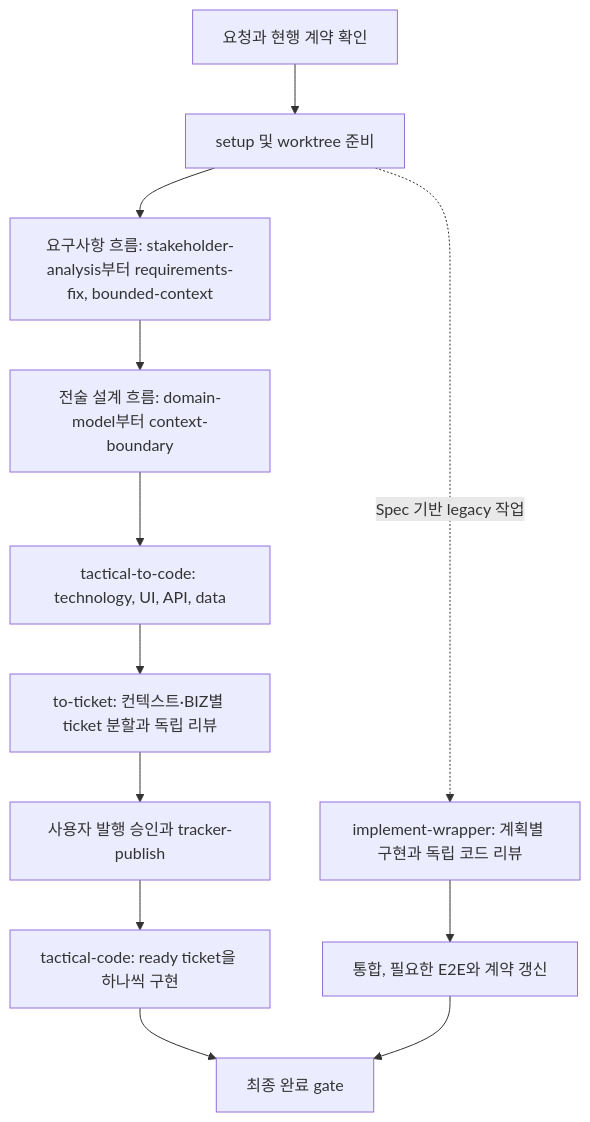
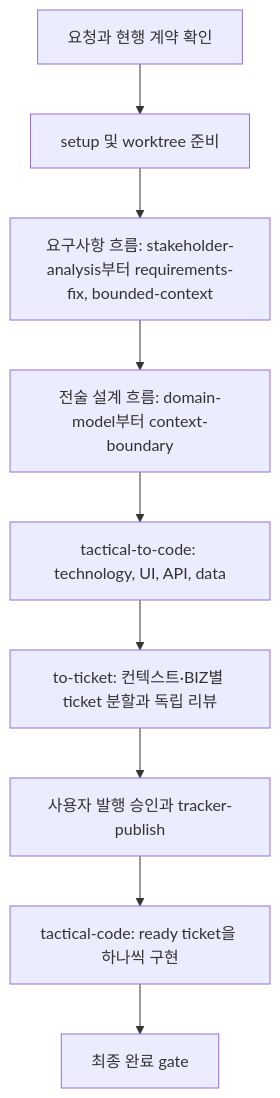
The diagram in docs/architecture/workflow-lifecycle.md (omegafrog/harness-codex), drawn with Mermaid before and after one commit. The commit also changed other lines of this file and 446 other files, not shown here.

````diff
--- a/docs/architecture/workflow-lifecycle.md
+++ b/docs/architecture/workflow-lifecycle.md
@@ -5,14 +5,11 @@
 ```mermaid
 flowchart TD
   A[요청과 현행 계약 확인] --> B[setup 및 worktree 준비]
   B --> C[요구사항 흐름: stakeholder-analysis부터 requirements-fix, bounded-context]
   C --> D[전술 설계 흐름: domain-model부터 context-boundary]
   D --> E1[tactical-to-code: technology, UI, API, data]
   E1 --> F[to-ticket: 컨텍스트·BIZ별 ticket 분할과 독립 리뷰]
   F --> G[사용자 발행 승인과 tracker-publish]
   G --> H[tactical-code: ready ticket을 하나씩 구현]
   H --> M[최종 완료 gate]
-  B -. Spec 기반 legacy 작업 .-> K[implement-wrapper: 계획별 구현과 독립 코드 리뷰]
-  K --> L[통합, 필요한 E2E와 계약 갱신]
-  L --> M
 ```
````
